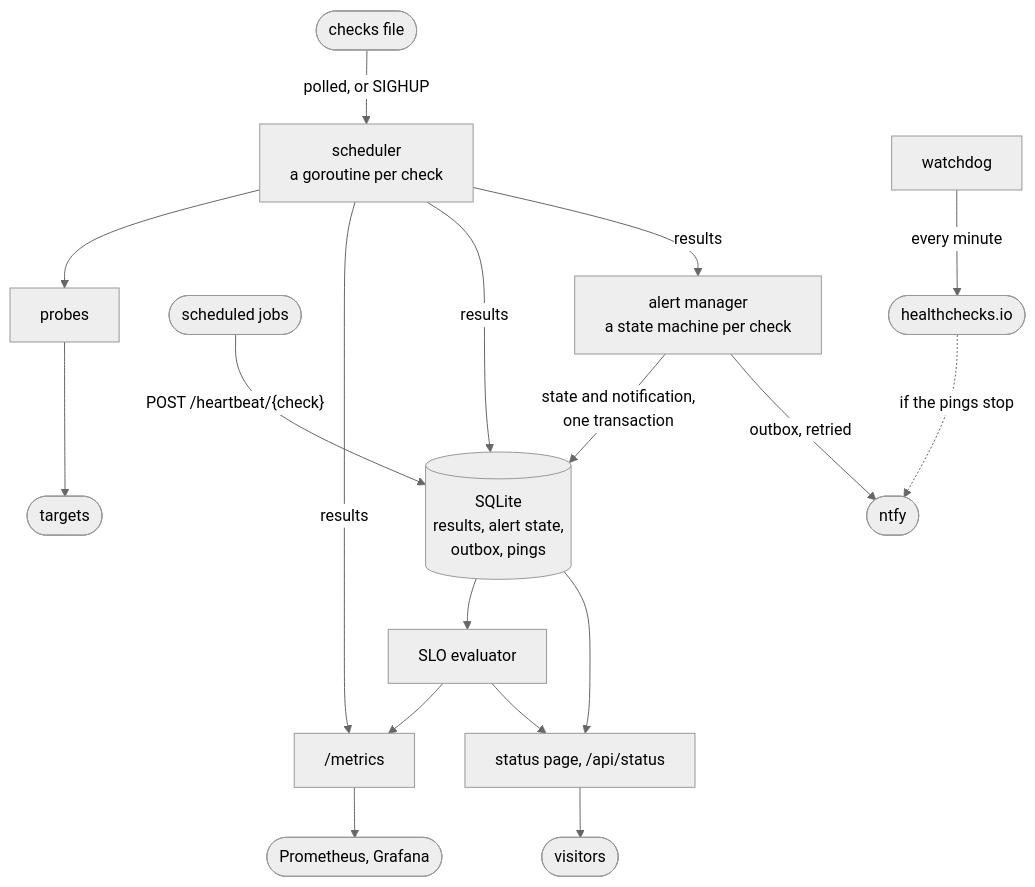
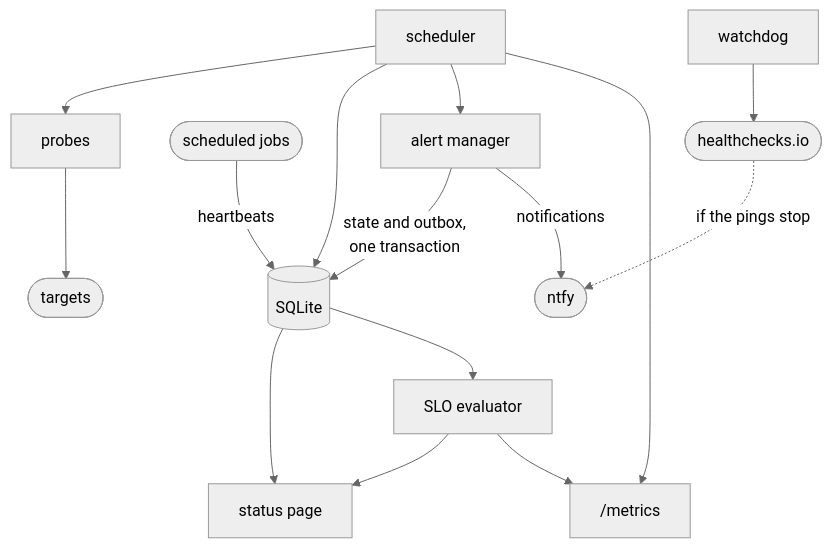
Before and after one commit to MSJawad/synthetic-monitor: the diagram in README.md, drawn with Mermaid (neutral theme). The commit also changed other lines of this file, not shown here.

Commit message:
Make the architecture diagram fit GitHub's viewer
GitHub shows Mermaid in a frame about 600 pixels tall, and clipped the
first diagram below its SQLite node. This one has two fewer ranks and
single-line labels, which GitHub doesn't wrap: the checks file and the
consumers of /metrics and the status page are left to the text beside it.

````diff
--- a/README.md
+++ b/README.md
@@ -33,19 +33,16 @@
 ```mermaid
 flowchart TB
-  config(["checks file"]) -- "polled, or SIGHUP" --> scheduler["scheduler<br/>a goroutine per check"]
-  scheduler --> probes["probes"] --> targets(["targets"])
-  jobs(["scheduled jobs"]) -- "POST /heartbeat/{check}" --> db
-  scheduler -- results --> metrics["/metrics"]
-  scheduler -- results --> db[("SQLite<br/>results, alert state,<br/>outbox, pings")]
-  scheduler -- results --> alerts["alert manager<br/>a state machine per check"]
-  alerts -- "state and notification,<br/>one transaction" --> db
-  alerts -- "outbox, retried" --> ntfy(["ntfy"])
+  watchdog["watchdog"]
+  scheduler["scheduler"] --> probes["probes"] --> targets(["targets"])
+  jobs(["scheduled jobs"]) -- heartbeats --> db
+  scheduler --> db[("SQLite")]
+  scheduler --> alerts["alert manager"]
+  scheduler --> metrics["/metrics"]
+  alerts -- "state and outbox,<br/>one transaction" --> db
+  alerts -- notifications --> ntfy(["ntfy"])
+  db --> web["status page"]
   db --> slo["SLO evaluator"]
+  slo --> web
   slo --> metrics
-  metrics --> prom(["Prometheus, Grafana"])
-  db --> web["status page, /api/status"]
-  slo --> web
-  web --> visitors(["visitors"])
-  watchdog["watchdog"] -- every minute --> hc(["healthchecks.io"])
-  hc -. if the pings stop .-> ntfy
+  watchdog --> hc(["healthchecks.io"]) -. "if the pings stop" .-> ntfy
 ```
````
